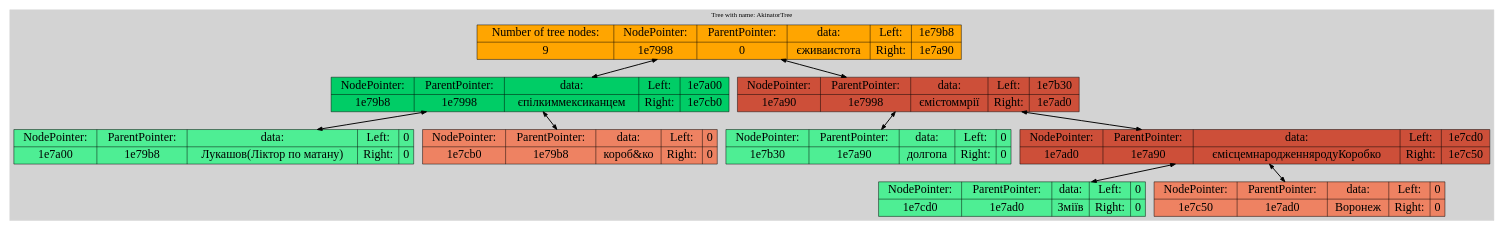
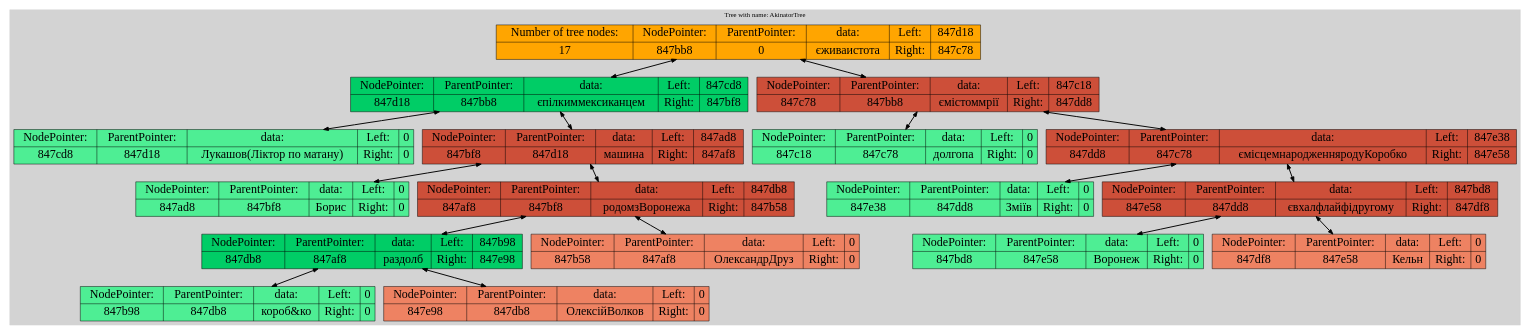
Before and after one commit to andreevmaxi/Akinator: the diagram in Print_Of_Akinator_Tree/Print_Of_Akinator_Tree.dot, drawn with Graphviz. The commit also changed 11 other files, not shown here.

```diff
--- a/Print_Of_Akinator_Tree/Print_Of_Akinator_Tree.dot
+++ b/Print_Of_Akinator_Tree/Print_Of_Akinator_Tree.dot
@@ -1,25 +1,41 @@
 digraph G{
 node [fontname="Lobster", fontsize=25];
 rankdir=HR;
 subgraph clusterlist {
 style=filled;
 color=lightgrey;
-1997208 [shape=record, label="{Number of tree nodes: | 9} | {NodePointer:  | 1e7998} | {ParentPointer: | 0} | {data: | є жива истота} | {Left: | Right:} | {1e79b8 | 1e7a90}",style="filled",fillcolor="orange"];
-1997208->1997240[dir="both";style="bold"];
-1997208->1997456[dir="both";style="bold"];
-1997456 [shape=record, label="{NodePointer:  | 1e7a90} | {ParentPointer: | 1e7998} | {data: | є містом мрії} | {Left: | Right:} | {1e7b30 | 1e7ad0}",style="filled",fillcolor="tomato3"];
-1997456->1997616[dir="both";style="bold"];
-1997456->1997520[dir="both";style="bold"];
-1997520 [shape=record, label="{NodePointer:  | 1e7ad0} | {ParentPointer: | 1e7a90} | {data: | є місцем народження роду Коробко} | {Left: | Right:} | {1e7cd0 | 1e7c50}",style="filled",fillcolor="tomato3"];
-1997520->1998032[dir="both";style="bold"];
-1997520->1997904[dir="both";style="bold"];
-1997904 [shape=record, label="{NodePointer:  | 1e7c50} | {ParentPointer: | 1e7ad0} | {data: | Воронеж} | {Left: | Right:} | {0 | 0}",style="filled",fillcolor="salmon2"];
-1998032 [shape=record, label="{NodePointer:  | 1e7cd0} | {ParentPointer: | 1e7ad0} | {data: | Зміїв} | {Left: | Right:} | {0 | 0}",style="filled",fillcolor="seagreen2"];
-1997616 [shape=record, label="{NodePointer:  | 1e7b30} | {ParentPointer: | 1e7a90} | {data: | долгопа} | {Left: | Right:} | {0 | 0}",style="filled",fillcolor="seagreen2"];
-1997240 [shape=record, label="{NodePointer:  | 1e79b8} | {ParentPointer: | 1e7998} | {data: | є пілким мексиканцем} | {Left: | Right:} | {1e7a00 | 1e7cb0}",style="filled",fillcolor="springgreen3"];
-1997240->1997312[dir="both";style="bold"];
-1997240->1998000[dir="both";style="bold"];
-1998000 [shape=record, label="{NodePointer:  | 1e7cb0} | {ParentPointer: | 1e79b8} | {data: | короб&ко} | {Left: | Right:} | {0 | 0}",style="filled",fillcolor="salmon2"];
-1997312 [shape=record, label="{NodePointer:  | 1e7a00} | {ParentPointer: | 1e79b8} | {data: | Лукашов(Ліктор по матану)} | {Left: | Right:} | {0 | 0}",style="filled",fillcolor="seagreen2"];
+8682424 [shape=record, label="{Number of tree nodes: | 17} | {NodePointer:  | 847bb8} | {ParentPointer: | 0} | {data: | є жива истота} | {Left: | Right:} | {847d18 | 847c78}",style="filled",fillcolor="orange"];
+8682424->8682776[dir="both";style="bold"];
+8682424->8682616[dir="both";style="bold"];
+8682616 [shape=record, label="{NodePointer:  | 847c78} | {ParentPointer: | 847bb8} | {data: | є містом мрії} | {Left: | Right:} | {847c18 | 847dd8}",style="filled",fillcolor="tomato3"];
+8682616->8682520[dir="both";style="bold"];
+8682616->8682968[dir="both";style="bold"];
+8682968 [shape=record, label="{NodePointer:  | 847dd8} | {ParentPointer: | 847c78} | {data: | є місцем народження роду Коробко} | {Left: | Right:} | {847e38 | 847e58}",style="filled",fillcolor="tomato3"];
+8682968->8683064[dir="both";style="bold"];
+8682968->8683096[dir="both";style="bold"];
+8683096 [shape=record, label="{NodePointer:  | 847e58} | {ParentPointer: | 847dd8} | {data: | є в халф лайфі другому} | {Left: | Right:} | {847bd8 | 847df8}",style="filled",fillcolor="tomato3"];
+8683096->8682456[dir="both";style="bold"];
+8683096->8683000[dir="both";style="bold"];
+8683000 [shape=record, label="{NodePointer:  | 847df8} | {ParentPointer: | 847e58} | {data: | Кельн} | {Left: | Right:} | {0 | 0}",style="filled",fillcolor="salmon2"];
+8682456 [shape=record, label="{NodePointer:  | 847bd8} | {ParentPointer: | 847e58} | {data: | Воронеж} | {Left: | Right:} | {0 | 0}",style="filled",fillcolor="seagreen2"];
+8683064 [shape=record, label="{NodePointer:  | 847e38} | {ParentPointer: | 847dd8} | {data: | Зміїв} | {Left: | Right:} | {0 | 0}",style="filled",fillcolor="seagreen2"];
+8682520 [shape=record, label="{NodePointer:  | 847c18} | {ParentPointer: | 847c78} | {data: | долгопа} | {Left: | Right:} | {0 | 0}",style="filled",fillcolor="seagreen2"];
+8682776 [shape=record, label="{NodePointer:  | 847d18} | {ParentPointer: | 847bb8} | {data: | є пілким мексиканцем} | {Left: | Right:} | {847cd8 | 847bf8}",style="filled",fillcolor="springgreen3"];
+8682776->8682712[dir="both";style="bold"];
+8682776->8682488[dir="both";style="bold"];
+8682488 [shape=record, label="{NodePointer:  | 847bf8} | {ParentPointer: | 847d18} | {data: | машина} | {Left: | Right:} | {847ad8 | 847af8}",style="filled",fillcolor="tomato3"];
+8682488->8682200[dir="both";style="bold"];
+8682488->8682232[dir="both";style="bold"];
+8682232 [shape=record, label="{NodePointer:  | 847af8} | {ParentPointer: | 847bf8} | {data: | родом з Воронежа} | {Left: | Right:} | {847db8 | 847b58}",style="filled",fillcolor="tomato3"];
+8682232->8682936[dir="both";style="bold"];
+8682232->8682328[dir="both";style="bold"];
+8682328 [shape=record, label="{NodePointer:  | 847b58} | {ParentPointer: | 847af8} | {data: | Олександр Друз} | {Left: | Right:} | {0 | 0}",style="filled",fillcolor="salmon2"];
+8682936 [shape=record, label="{NodePointer:  | 847db8} | {ParentPointer: | 847af8} | {data: | раздолб} | {Left: | Right:} | {847b98 | 847e98}",style="filled",fillcolor="springgreen3"];
+8682936->8682392[dir="both";style="bold"];
+8682936->8683160[dir="both";style="bold"];
+8683160 [shape=record, label="{NodePointer:  | 847e98} | {ParentPointer: | 847db8} | {data: | Олексій Волков} | {Left: | Right:} | {0 | 0}",style="filled",fillcolor="salmon2"];
+8682392 [shape=record, label="{NodePointer:  | 847b98} | {ParentPointer: | 847db8} | {data: | короб&ко} | {Left: | Right:} | {0 | 0}",style="filled",fillcolor="seagreen2"];
+8682200 [shape=record, label="{NodePointer:  | 847ad8} | {ParentPointer: | 847bf8} | {data: | Борис} | {Left: | Right:} | {0 | 0}",style="filled",fillcolor="seagreen2"];
+8682712 [shape=record, label="{NodePointer:  | 847cd8} | {ParentPointer: | 847d18} | {data: | Лукашов(Ліктор по матану)} | {Left: | Right:} | {0 | 0}",style="filled",fillcolor="seagreen2"];
 label = "Tree with name: AkinatorTree"}
 }
```
